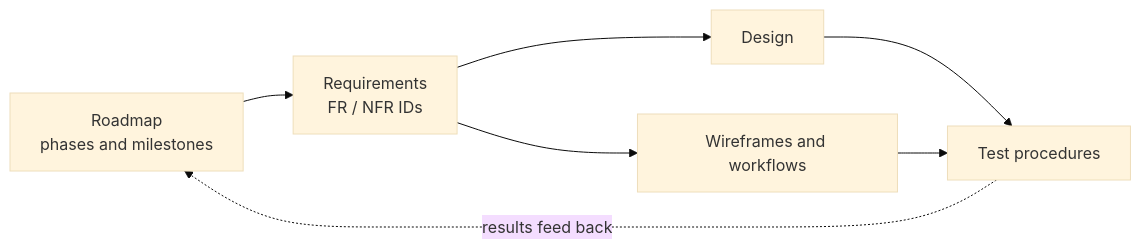
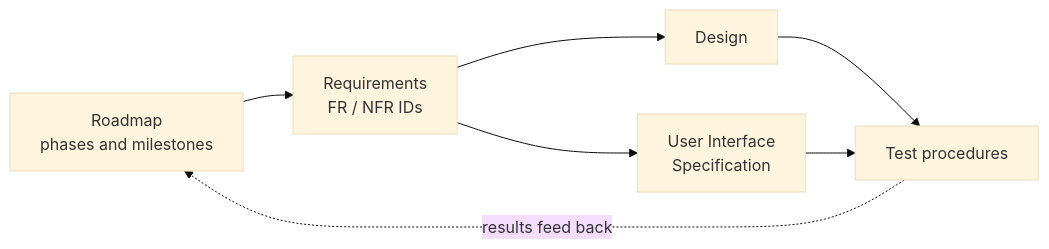
The diagram in docs/canvas-portal/README.md (bbranton/TestProj), drawn with Mermaid (base theme) before and after one commit. The commit also changed other lines of this file and 3 other files, not shown here.

First line of the commit message:
Rename wireframes doc to User Interface Specification

````diff
--- a/docs/canvas-portal/README.md
+++ b/docs/canvas-portal/README.md
@@ -27,9 +27,9 @@
 ```mermaid
 flowchart LR
     R[Roadmap<br/>phases and milestones] --> Q[Requirements<br/>FR / NFR IDs]
     Q --> D[Design]
-    Q --> W[Wireframes and workflows]
+    Q --> W[User Interface<br/>Specification]
     D --> T[Test procedures]
     W --> T
     T -. results feed back .-> R
 ```
````
